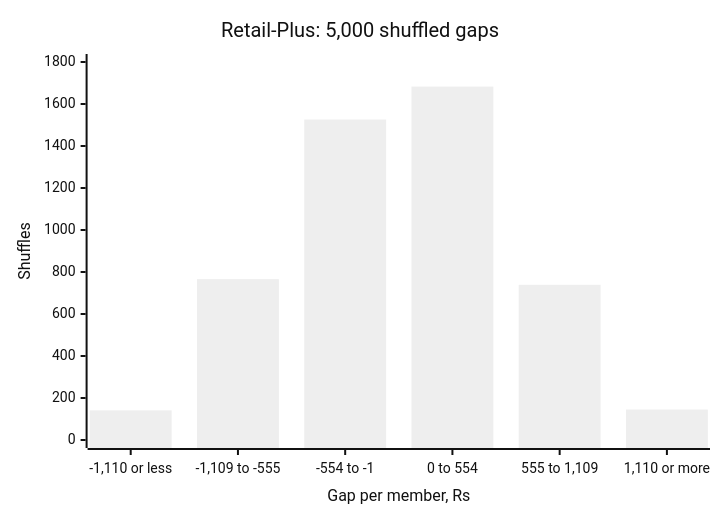
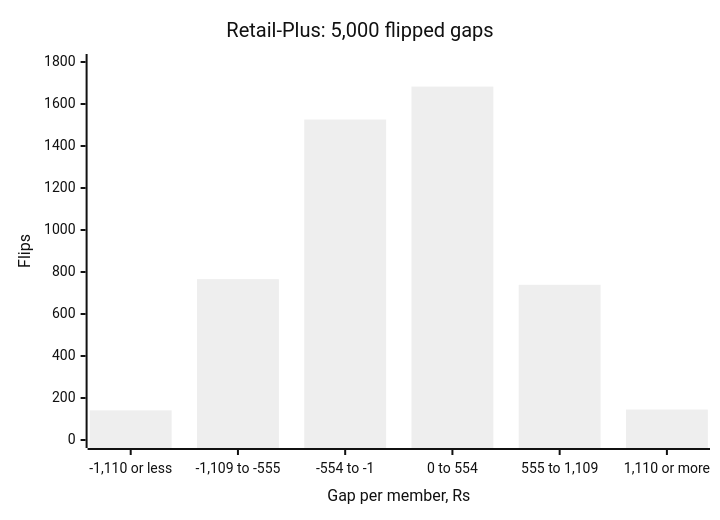
Before and after one commit to fde-academy-lab/c2-content-factory: the fourth of 6 diagrams in content/W01/SAT/paper/C2_W01_SAT_recap_paper_STUDENT.md, drawn with Mermaid (neutral theme). The commit also changed other lines of this file and 5 other files, not shown here.

````diff
--- a/content/W01/SAT/paper/C2_W01_SAT_recap_paper_STUDENT.md
+++ b/content/W01/SAT/paper/C2_W01_SAT_recap_paper_STUDENT.md
@@ -349,7 +349,7 @@
 ```mermaid
 xychart-beta
-  title "Retail-Plus: 5,000 shuffled gaps"
+  title "Retail-Plus: 5,000 flipped gaps"
   x-axis "Gap per member, Rs" ["-1,110 or less", "-1,109 to -555", "-554 to -1", "0 to 554", "555 to 1,109", "1,110 or more"]
-  y-axis "Shuffles" 0 --> 1800
+  y-axis "Flips" 0 --> 1800
   bar [141, 766, 1526, 1683, 739, 145]
 ```
````
